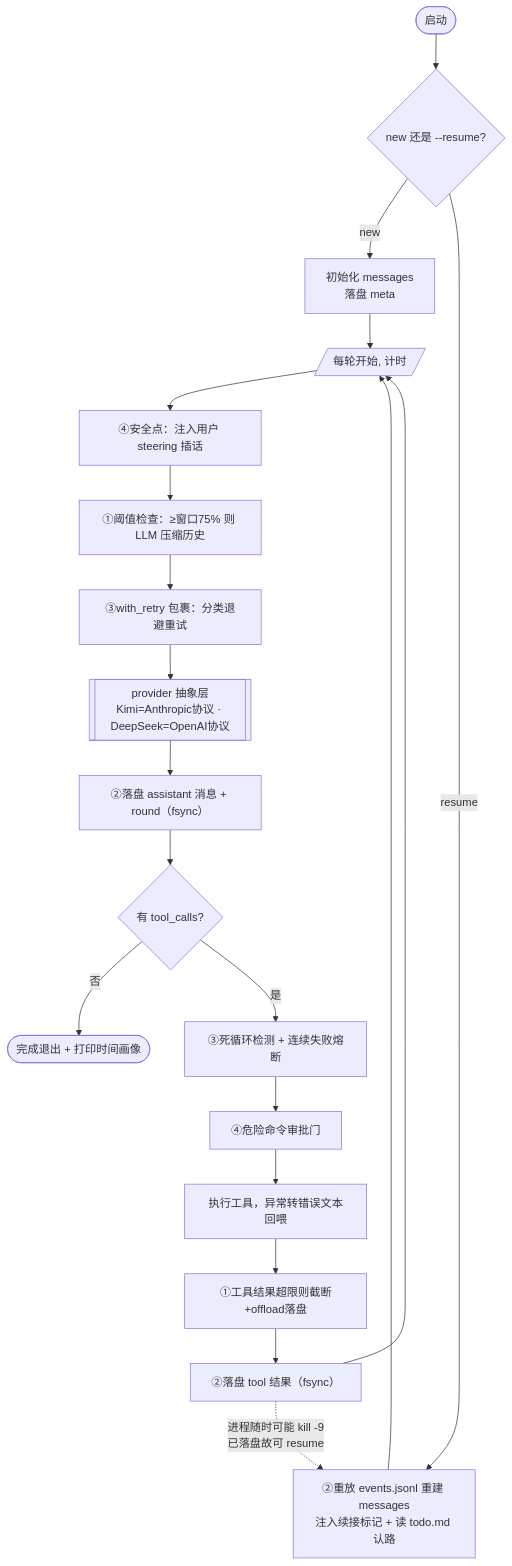
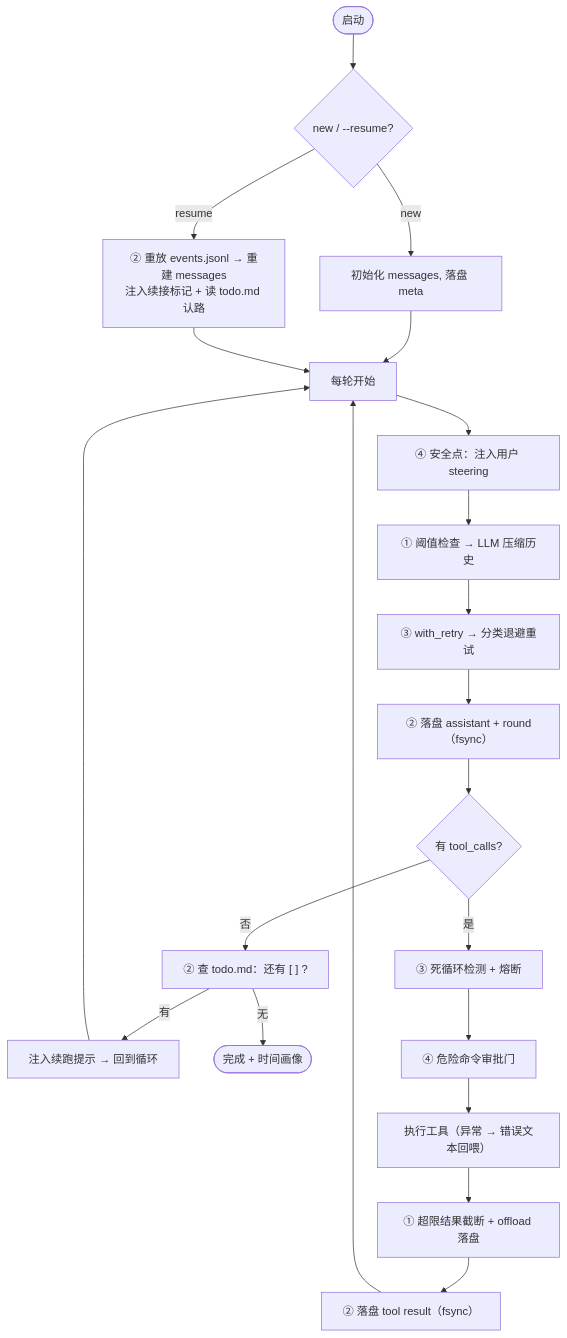
One commit to fatmmouse/kimi-coding-agent changed the diagram in docs/answer.md. Above: the diagram before and after it, drawn with Mermaid. The commit also changed other lines of this file and 17 other files, not shown here.

````diff
--- a/docs/answer.md
+++ b/docs/answer.md
@@ -37,22 +32,23 @@
 ```mermaid
 flowchart TD
-  Start([启动]) --> Load{new 还是 --resume?}
-  Load -->|new| Init[初始化 messages<br/>落盘 meta]
-  Load -->|resume| Replay["②重放 events.jsonl 重建 messages<br/>注入续接标记 + 读 todo.md 认路"]
+  Start([启动]) --> Load{new / --resume?}
+  Load -->|new| Init["初始化 messages, 落盘 meta"]
+  Load -->|resume| Replay["② 重放 events.jsonl → 重建 messages<br/>注入续接标记 + 读 todo.md 认路"]
   Init --> Loop
   Replay --> Loop
-  Loop[/每轮开始, 计时/] --> Steer["④安全点：注入用户 steering 插话"]
-  Steer --> Compact["①阈值检查：≥窗口75% 则 LLM 压缩历史"]
-  Compact --> Call["③with_retry 包裹：分类退避重试"]
-  Call --> Prov[["provider 抽象层<br/>Kimi=Anthropic协议 · DeepSeek=OpenAI协议"]]
-  Prov --> Persist["②落盘 assistant 消息 + round（fsync）"]
+  Loop["每轮开始"] --> Steer["④ 安全点：注入用户 steering"]
+  Steer --> Compact["① 阈值检查 → LLM 压缩历史"]
+  Compact --> Call["③ with_retry → 分类退避重试"]
+  Call --> Persist["② 落盘 assistant + round（fsync）"]
   Persist --> Done{有 tool_calls?}
-  Done -->|否| Final([完成退出 + 打印时间画像])
-  Done -->|是| Guard["③死循环检测 + 连续失败熔断"]
-  Guard --> Gate["④危险命令审批门"]
-  Gate --> Exec[执行工具，异常转错误文本回喂]
-  Exec --> Trunc["①工具结果超限则截断+offload落盘"]
-  Trunc --> PersistT["②落盘 tool 结果（fsync）"]
-  PersistT -.->|"进程随时可能 kill -9<br/>已落盘故可 resume"| Replay
+  Done -->|否| Check["② 查 todo.md：还有 [ ] ?"]
+  Check -->|有| Nudge["注入续跑提示 → 回到循环"]
+  Check -->|无| Final(["完成 + 时间画像"])
+  Nudge --> Loop
+  Done -->|是| Guard["③ 死循环检测 + 熔断"]
+  Guard --> Gate["④ 危险命令审批门"]
+  Gate --> Exec["执行工具（异常 → 错误文本回喂）"]
+  Exec --> Trunc["① 超限结果截断 + offload 落盘"]
+  Trunc --> PersistT["② 落盘 tool result（fsync）"]
   PersistT --> Loop
 ```
````
